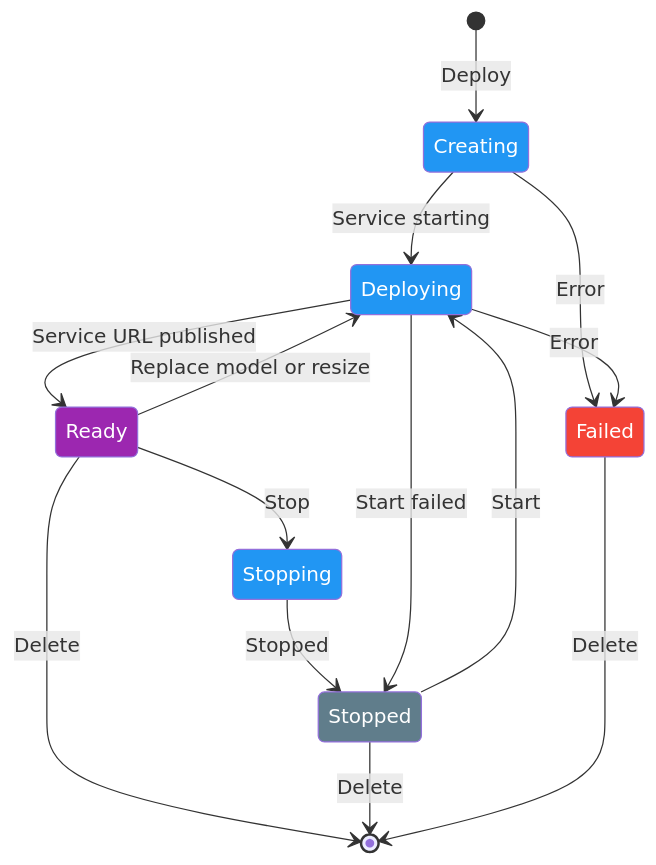
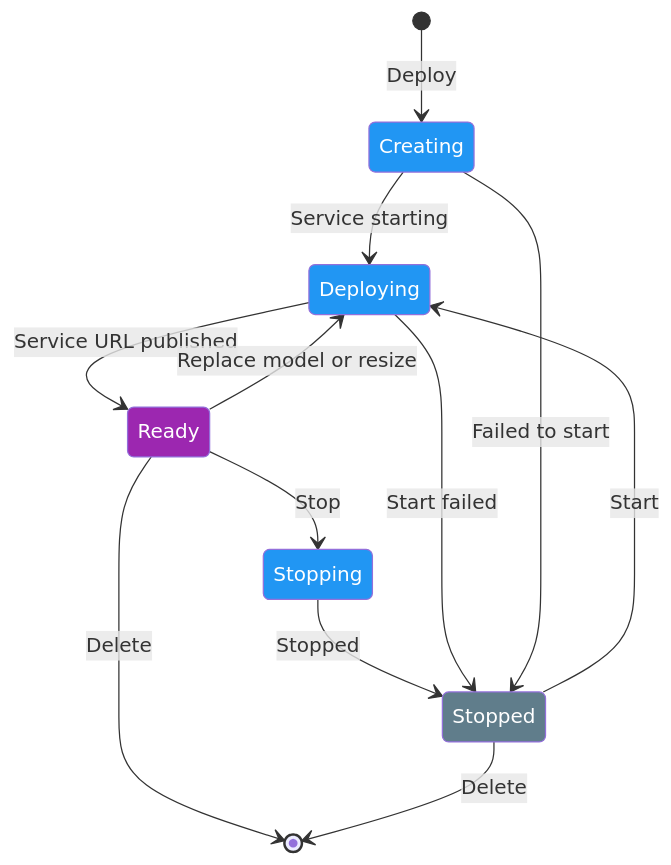
Before and after one commit to ultralytics/ultralytics: the first of 2 diagrams in docs/en/platform/deploy/endpoints.md, drawn with Mermaid. The commit also changed other lines of this file and 2 other files, not shown here.

Commit message:
align platform deployment lifecycle and sam annotation diagrams with current behavior

````diff
--- a/docs/en/platform/deploy/endpoints.md
+++ b/docs/en/platform/deploy/endpoints.md
@@ -42,25 +42,21 @@
 ```mermaid
 stateDiagram-v2
     [*] --> Creating: Deploy
     Creating --> Deploying: Service starting
     Deploying --> Ready: Service URL published
     Ready --> Stopping: Stop
     Ready --> Deploying: Replace model or resize
     Stopping --> Stopped: Stopped
     Stopped --> Deploying: Start
     Deploying --> Stopped: Start failed
     Ready --> [*]: Delete
     Stopped --> [*]: Delete
-    Creating --> Failed: Error
-    Deploying --> Failed: Error
-    Failed --> [*]: Delete
+    Creating --> Stopped: Failed to start
 
     classDef proc fill:#2196F3,color:#fff
     classDef out fill:#9C27B0,color:#fff
-    classDef error fill:#F44336,color:#fff
     classDef extern fill:#607D8B,color:#fff
     class Creating,Deploying,Stopping proc
     class Ready out
-    class Failed error
     class Stopped extern
 ```
````
